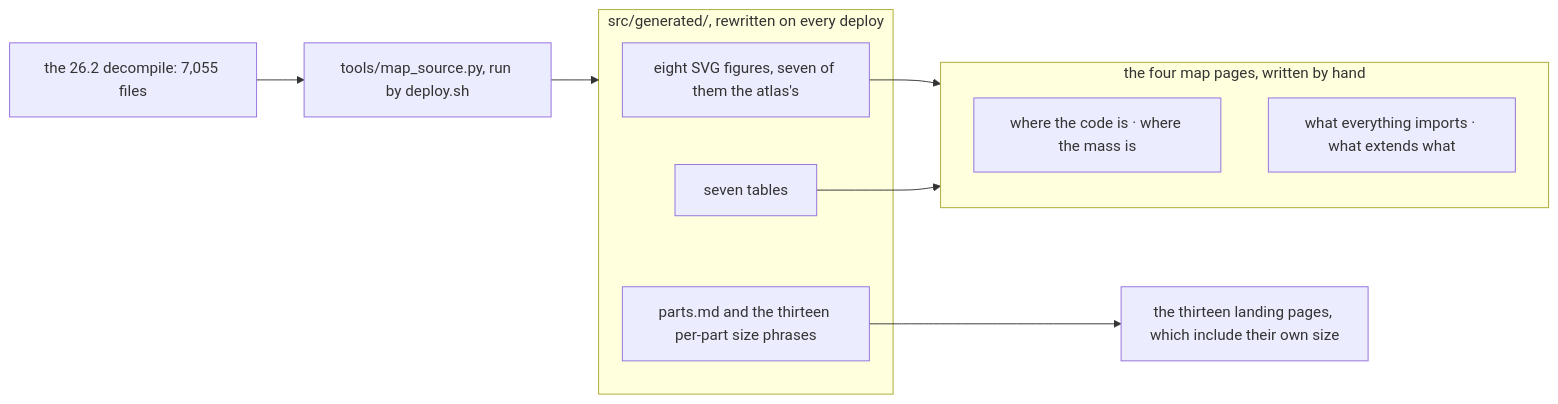
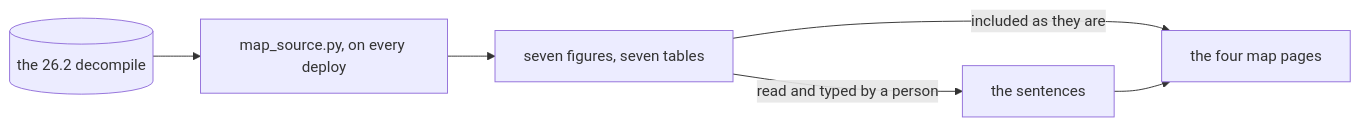
The diagram in src/maps/README.md (AlexanderjFraser/MinecraftDocs), drawn with Mermaid before and after one commit. The commit also changed other lines of this file and 24 other files, not shown here.

````diff
--- a/src/maps/README.md
+++ b/src/maps/README.md
@@ -24,18 +24,6 @@
 ```mermaid
 flowchart LR
-    D["the 26.2 decompile: 7,055 files"]
-    T["tools/map_source.py, run by deploy.sh"]
-    subgraph G["src/generated/, rewritten on every deploy"]
-        G1["eight SVG figures, seven of them the atlas's"]
-        G2["seven tables"]
-        G3["parts.md and the thirteen per-part size phrases"]
-    end
-    subgraph P["the four map pages, written by hand"]
-        P1["where the code is · where the mass is"]
-        P2["what everything imports · what extends what"]
-    end
-    D --> T --> G
-    G1 --> P
-    G2 --> P
-    G3 --> LP["the thirteen landing pages, which include their own size"]
+    D[("the 26.2 decompile")] --> T["map_source.py, on every deploy"] --> G["seven figures, seven tables"]
+    G -- "included as they are" --> P["the four map pages"]
+    G -- "read and typed by a person" --> S["the sentences"] --> P
 ```
````
